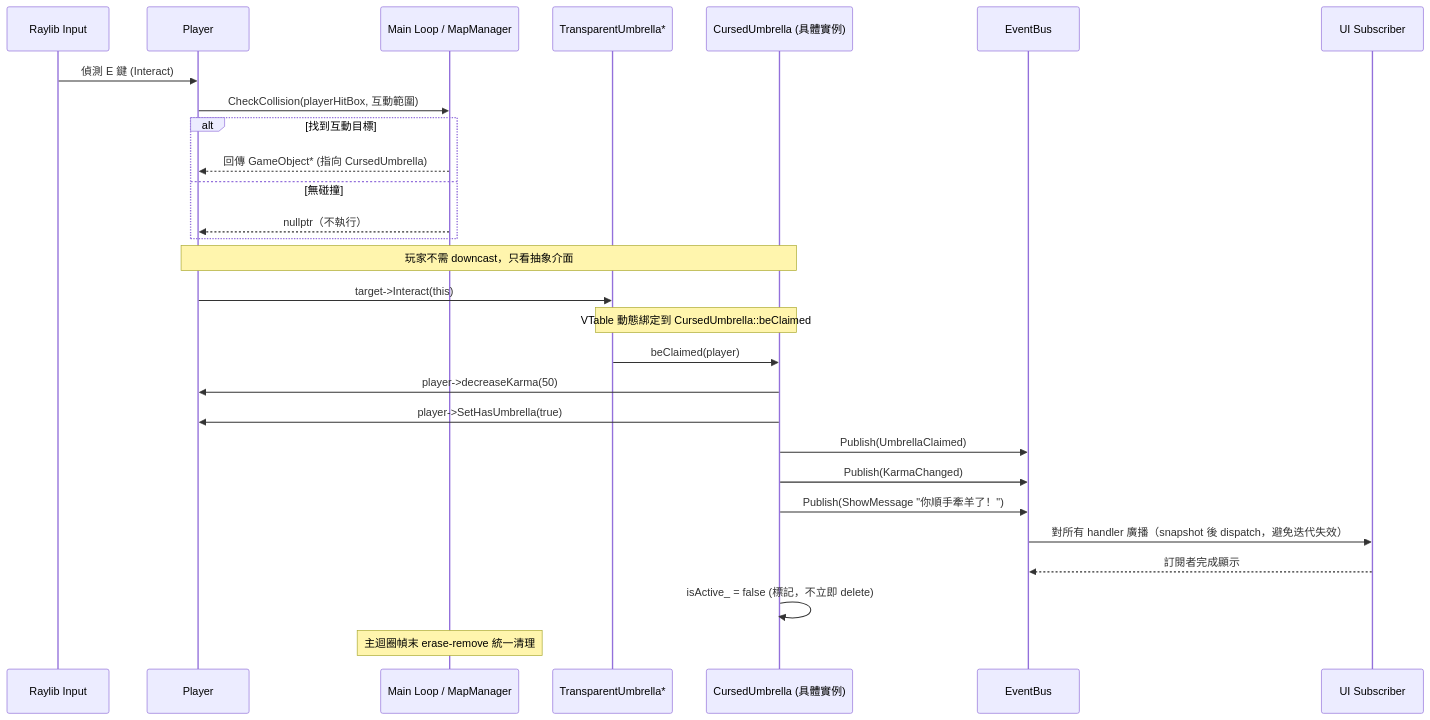
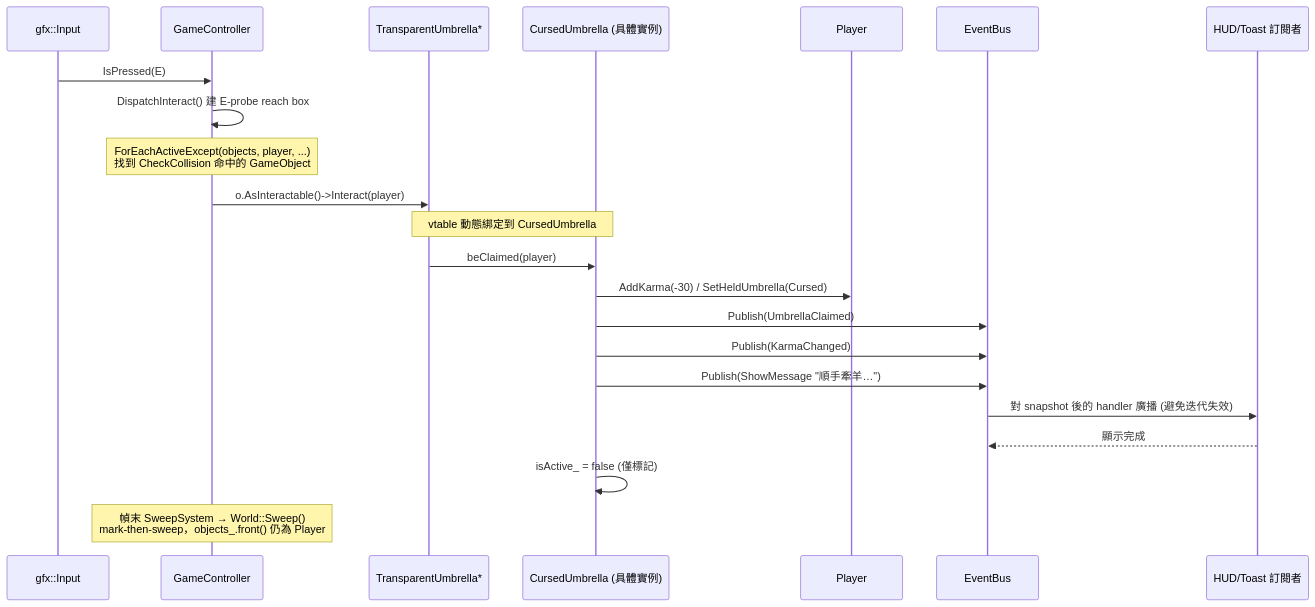
Before and after one commit to jiangjiangian/ultraplan-sync: the tenth of 11 diagrams in UML.md, drawn with Mermaid. The commit also changed other lines of this file, not shown here.

First line of the commit message:
Update UML.md to the current architecture; split the oversized diagram into legible per-layer ones

````diff
--- a/UML.md
+++ b/UML.md
@@ -230,37 +710,25 @@
 ```mermaid
 sequenceDiagram
-    participant Input as Raylib Input
-    participant P as Player
-    participant Map as Main Loop / MapManager
+    participant Input as gfx::Input
+    participant GC as GameController
     participant U as TransparentUmbrella*
     participant C as CursedUmbrella (具體實例)
+    participant P as Player
     participant Bus as EventBus
-    participant UI as UI Subscriber
+    participant Sub as HUD/Toast 訂閱者
 
-    Input->>P: 偵測 E 鍵 (Interact)
-    P->>Map: CheckCollision(playerHitBox, 互動範圍)
-
-    alt 找到互動目標
-        Map-->>P: 回傳 GameObject* (指向 CursedUmbrella)
-    else 無碰撞
-        Map-->>P: nullptr（不執行）
-    end
-
-    Note over P, C: 玩家不需 downcast，只看抽象介面
-    P->>U: target->Interact(this)
-
-    Note over U, C: VTable 動態綁定到 CursedUmbrella::beClaimed
+    Input->>GC: IsPressed(E)
+    GC->>GC: DispatchInteract() 建 E-probe reach box
+    Note over GC: ForEachActiveExcept(objects, player, ...)<br/>找到 CheckCollision 命中的 GameObject
+    GC->>U: o.AsInteractable()->Interact(player)
+    Note over U,C: vtable 動態綁定到 CursedUmbrella
     U->>C: beClaimed(player)
-
-    C->>P: player->decreaseKarma(50)
-    C->>P: player->SetHasUmbrella(true)
-
+    C->>P: AddKarma(-30) / SetHeldUmbrella(Cursed)
     C->>Bus: Publish(UmbrellaClaimed)
     C->>Bus: Publish(KarmaChanged)
-    C->>Bus: Publish(ShowMessage "你順手牽羊了！")
-    Bus->>UI: 對所有 handler 廣播（snapshot 後 dispatch，避免迭代失效）
-    UI-->>Bus: 訂閱者完成顯示
-
-    C->>C: isActive_ = false (標記，不立即 delete)
-    Note over Map: 主迴圈幀末 erase-remove 統一清理
+    C->>Bus: Publish(ShowMessage "順手牽羊…")
+    Bus->>Sub: 對 snapshot 後的 handler 廣播 (避免迭代失效)
+    Sub-->>Bus: 顯示完成
+    C->>C: isActive_ = false (僅標記)
+    Note over GC: 幀末 SweepSystem → World::Sweep()<br/>mark-then-sweep，objects_.front() 仍為 Player
 ```
````
